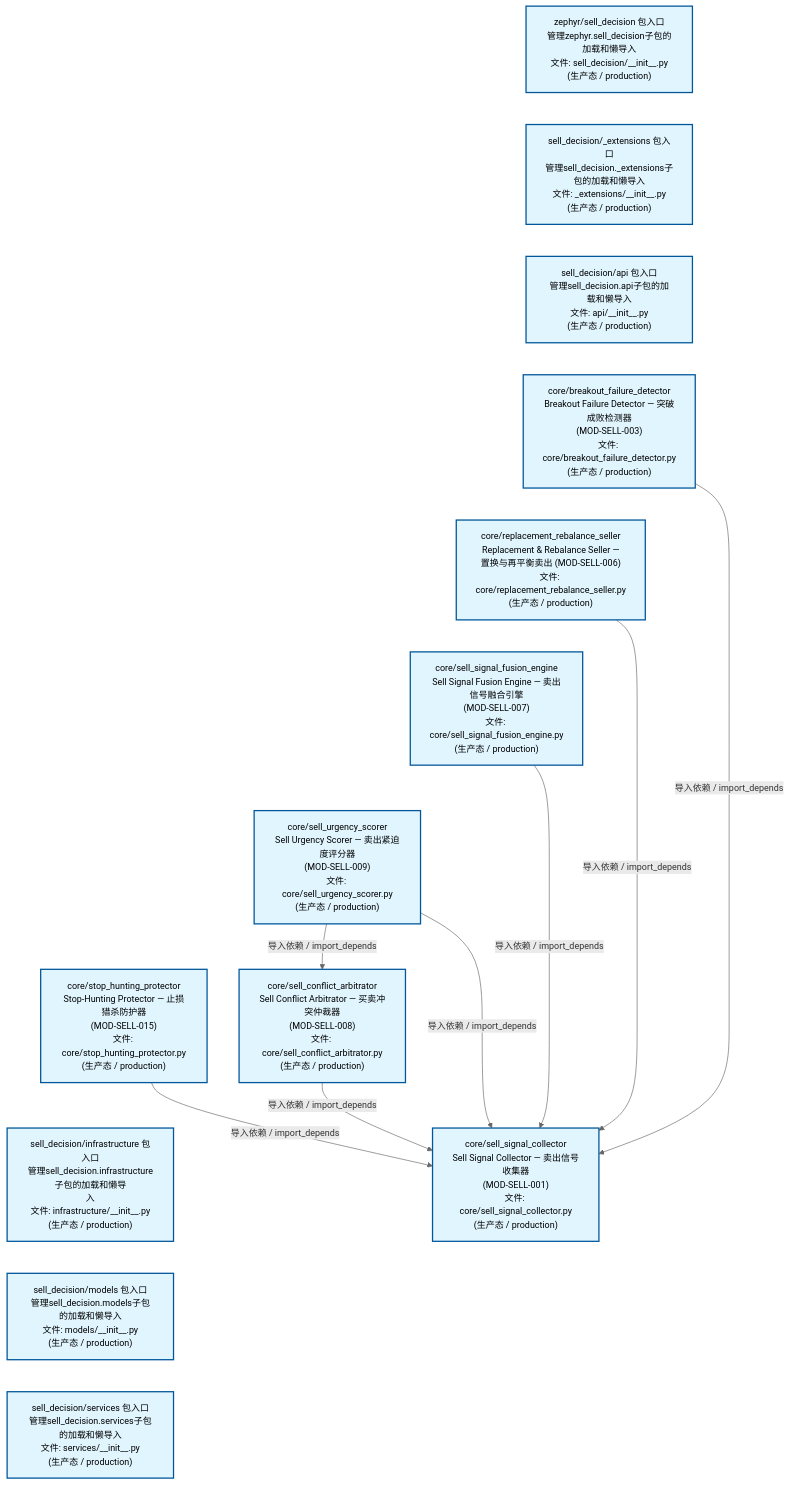
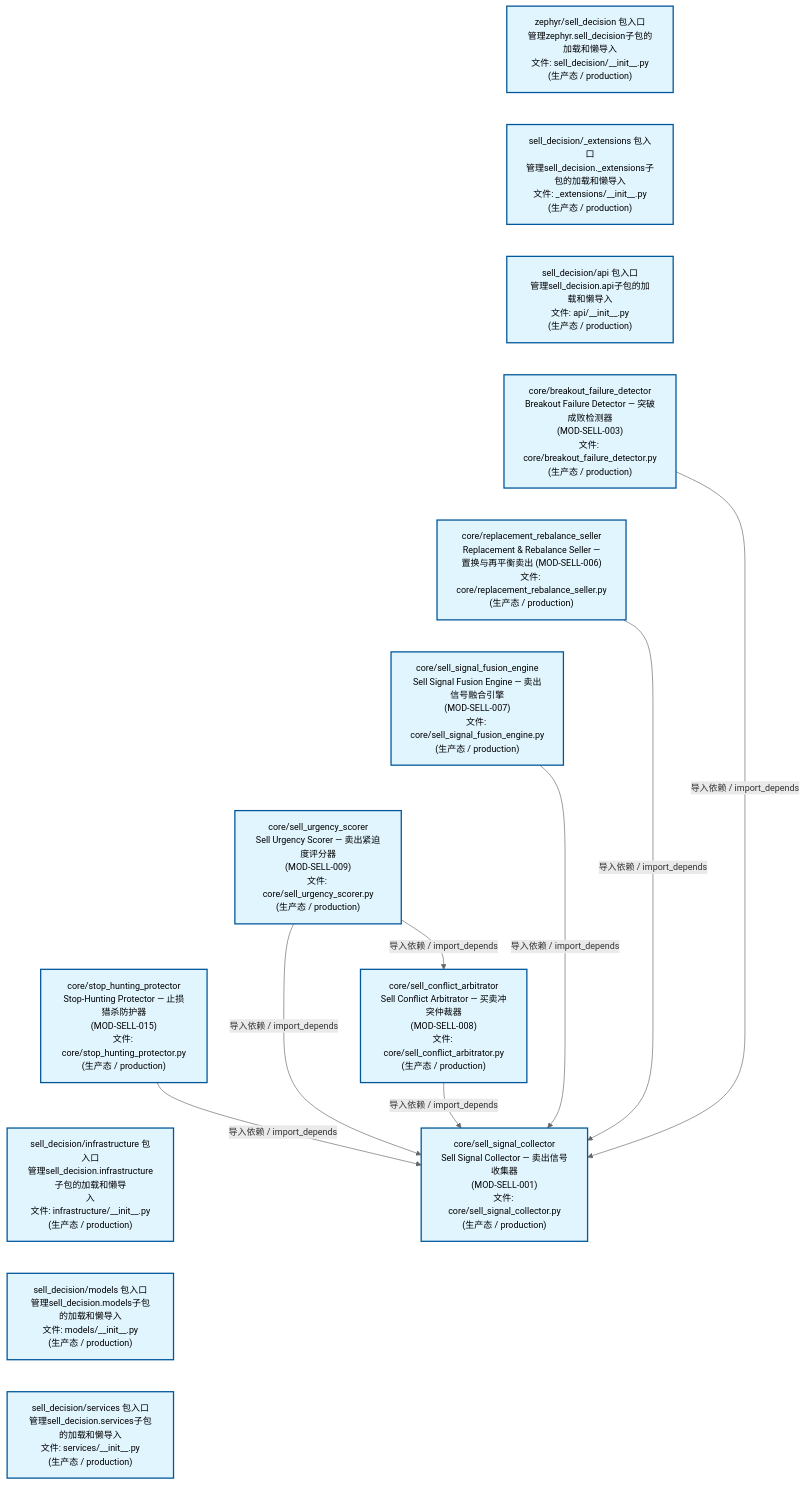
Before and after one commit to xuanFelixVan/ZephyrAlpha: the second of 4 diagrams in docs/02_enterprise_architecture/02_domain_architecture_docs/67_d_sell_decision.md, drawn with Mermaid. The commit also changed other lines of this file and 47 other files, not shown here.

````diff
--- a/docs/02_enterprise_architecture/02_domain_architecture_docs/67_d_sell_decision.md
+++ b/docs/02_enterprise_architecture/02_domain_architecture_docs/67_d_sell_decision.md
@@ -152,39 +152,39 @@
 ```mermaid
 %%{init: {'theme': 'base', 'themeVariables': {'primaryColor': '#eaeaea', 'primaryTextColor': '#333333', 'primaryBorderColor': '#666666', 'lineColor': '#666666', 'secondaryColor': '#eaeaea', 'tertiaryColor': '#eaeaea', 'fontSize': '14px'}}}%%
 flowchart TD
     src_zephyr_sell_decision_init_py["zephyr/sell_decision 包入口<br/>管理zephyr.sell_decision子包的加载和懒导入<br/>文件: sell_decision/__init__.py<br/>(生产态 / production)"]
     src_zephyr_sell_decision_extensions_init_py["sell_decision/_extensions 包入口<br/>管理sell_decision._extensions子包的加载和懒导入<br/>文件: _extensions/__init__.py<br/>(生产态 / production)"]
     src_zephyr_sell_decision_api_init_py["sell_decision/api 包入口<br/>管理sell_decision.api子包的加载和懒导入<br/>文件: api/__init__.py<br/>(生产态 / production)"]
     src_zephyr_sell_decision_core_breakout_failure_detector_py["core/breakout_failure_detector<br/>Breakout Failure Detector — 突破成败检测器<br/>(MOD-SELL-003)<br/>文件: core/breakout_failure_detector.py<br/>(生产态 / production)"]
     src_zephyr_sell_decision_core_replacement_rebalance_seller_py["core/replacement_rebalance_seller<br/>Replacement & Rebalance Seller —<br/>置换与再平衡卖出 (MOD-SELL-006)<br/>文件: core/replacement_rebalance_seller.py<br/>(生产态 / production)"]
     src_zephyr_sell_decision_core_sell_signal_fusion_engine_py["core/sell_signal_fusion_engine<br/>Sell Signal Fusion Engine — 卖出信号融合引擎<br/>(MOD-SELL-007)<br/>文件: core/sell_signal_fusion_engine.py<br/>(生产态 / production)"]
     src_zephyr_sell_decision_core_sell_urgency_scorer_py["core/sell_urgency_scorer<br/>Sell Urgency Scorer — 卖出紧迫度评分器<br/>(MOD-SELL-009)<br/>文件: core/sell_urgency_scorer.py<br/>(生产态 / production)"]
     src_zephyr_sell_decision_core_stop_hunting_protector_py["core/stop_hunting_protector<br/>Stop-Hunting Protector — 止损猎杀防护器<br/>(MOD-SELL-015)<br/>文件: core/stop_hunting_protector.py<br/>(生产态 / production)"]
     src_zephyr_sell_decision_infrastructure_init_py["sell_decision/infrastructure 包入口<br/>管理sell_decision.infrastructure子包的加载和懒导<br/>入<br/>文件: infrastructure/__init__.py<br/>(生产态 / production)"]
     src_zephyr_sell_decision_models_init_py["sell_decision/models 包入口<br/>管理sell_decision.models子包的加载和懒导入<br/>文件: models/__init__.py<br/>(生产态 / production)"]
     src_zephyr_sell_decision_services_init_py["sell_decision/services 包入口<br/>管理sell_decision.services子包的加载和懒导入<br/>文件: services/__init__.py<br/>(生产态 / production)"]
     src_zephyr_sell_decision_init_py ~~~ src_zephyr_sell_decision_extensions_init_py
     src_zephyr_sell_decision_extensions_init_py ~~~ src_zephyr_sell_decision_api_init_py
     src_zephyr_sell_decision_api_init_py ~~~ src_zephyr_sell_decision_core_breakout_failure_detector_py
     src_zephyr_sell_decision_core_breakout_failure_detector_py ~~~ src_zephyr_sell_decision_core_replacement_rebalance_seller_py
     src_zephyr_sell_decision_core_replacement_rebalance_seller_py ~~~ src_zephyr_sell_decision_core_sell_signal_fusion_engine_py
     src_zephyr_sell_decision_core_sell_signal_fusion_engine_py ~~~ src_zephyr_sell_decision_core_sell_urgency_scorer_py
     src_zephyr_sell_decision_core_sell_urgency_scorer_py ~~~ src_zephyr_sell_decision_core_stop_hunting_protector_py
     src_zephyr_sell_decision_core_stop_hunting_protector_py ~~~ src_zephyr_sell_decision_infrastructure_init_py
     src_zephyr_sell_decision_infrastructure_init_py ~~~ src_zephyr_sell_decision_models_init_py
     src_zephyr_sell_decision_models_init_py ~~~ src_zephyr_sell_decision_services_init_py
     src_zephyr_sell_decision_core_sell_conflict_arbitrator_py["core/sell_conflict_arbitrator<br/>Sell Conflict Arbitrator — 买卖冲突仲裁器<br/>(MOD-SELL-008)<br/>文件: core/sell_conflict_arbitrator.py<br/>(生产态 / production)"]
     src_zephyr_sell_decision_core_sell_signal_collector_py["core/sell_signal_collector<br/>Sell Signal Collector — 卖出信号收集器<br/>(MOD-SELL-001)<br/>文件: core/sell_signal_collector.py<br/>(生产态 / production)"]
     src_zephyr_sell_decision_core_replacement_rebalance_seller_py -->|导入依赖 / import_depends| src_zephyr_sell_decision_core_sell_signal_collector_py
+    src_zephyr_sell_decision_core_breakout_failure_detector_py -->|导入依赖 / import_depends| src_zephyr_sell_decision_core_sell_signal_collector_py
+    src_zephyr_sell_decision_core_sell_signal_fusion_engine_py -->|导入依赖 / import_depends| src_zephyr_sell_decision_core_sell_signal_collector_py
     src_zephyr_sell_decision_core_sell_conflict_arbitrator_py -->|导入依赖 / import_depends| src_zephyr_sell_decision_core_sell_signal_collector_py
-    src_zephyr_sell_decision_core_breakout_failure_detector_py -->|导入依赖 / import_depends| src_zephyr_sell_decision_core_sell_signal_collector_py
+    src_zephyr_sell_decision_core_stop_hunting_protector_py -->|导入依赖 / import_depends| src_zephyr_sell_decision_core_sell_signal_collector_py
+    src_zephyr_sell_decision_core_sell_urgency_scorer_py -->|导入依赖 / import_depends| src_zephyr_sell_decision_core_sell_signal_collector_py
     src_zephyr_sell_decision_core_sell_urgency_scorer_py -->|导入依赖 / import_depends| src_zephyr_sell_decision_core_sell_conflict_arbitrator_py
-    src_zephyr_sell_decision_core_sell_urgency_scorer_py -->|导入依赖 / import_depends| src_zephyr_sell_decision_core_sell_signal_collector_py
-    src_zephyr_sell_decision_core_stop_hunting_protector_py -->|导入依赖 / import_depends| src_zephyr_sell_decision_core_sell_signal_collector_py
-    src_zephyr_sell_decision_core_sell_signal_fusion_engine_py -->|导入依赖 / import_depends| src_zephyr_sell_decision_core_sell_signal_collector_py
     classDef production fill:#e1f5fe,stroke:#01579b,stroke-width:2px,color:#000
     classDef design fill:#fff3e0,stroke:#e65100,stroke-width:2px,color:#000,stroke-dasharray: 5 5
     classDef external_prod fill:#e8f4fd,stroke:#0277bd,stroke-width:1px,color:#000
     classDef external_design fill:#fff8e7,stroke:#ef6c00,stroke-width:1px,color:#000,stroke-dasharray: 5 5
     class src_zephyr_sell_decision_init_py,src_zephyr_sell_decision_extensions_init_py,src_zephyr_sell_decision_api_init_py,src_zephyr_sell_decision_core_breakout_failure_detector_py,src_zephyr_sell_decision_core_replacement_rebalance_seller_py,src_zephyr_sell_decision_core_sell_conflict_arbitrator_py,src_zephyr_sell_decision_core_sell_signal_collector_py,src_zephyr_sell_decision_core_sell_signal_fusion_engine_py,src_zephyr_sell_decision_core_sell_urgency_scorer_py,src_zephyr_sell_decision_core_stop_hunting_protector_py,src_zephyr_sell_decision_infrastructure_init_py,src_zephyr_sell_decision_models_init_py,src_zephyr_sell_decision_services_init_py production
 ```
````
